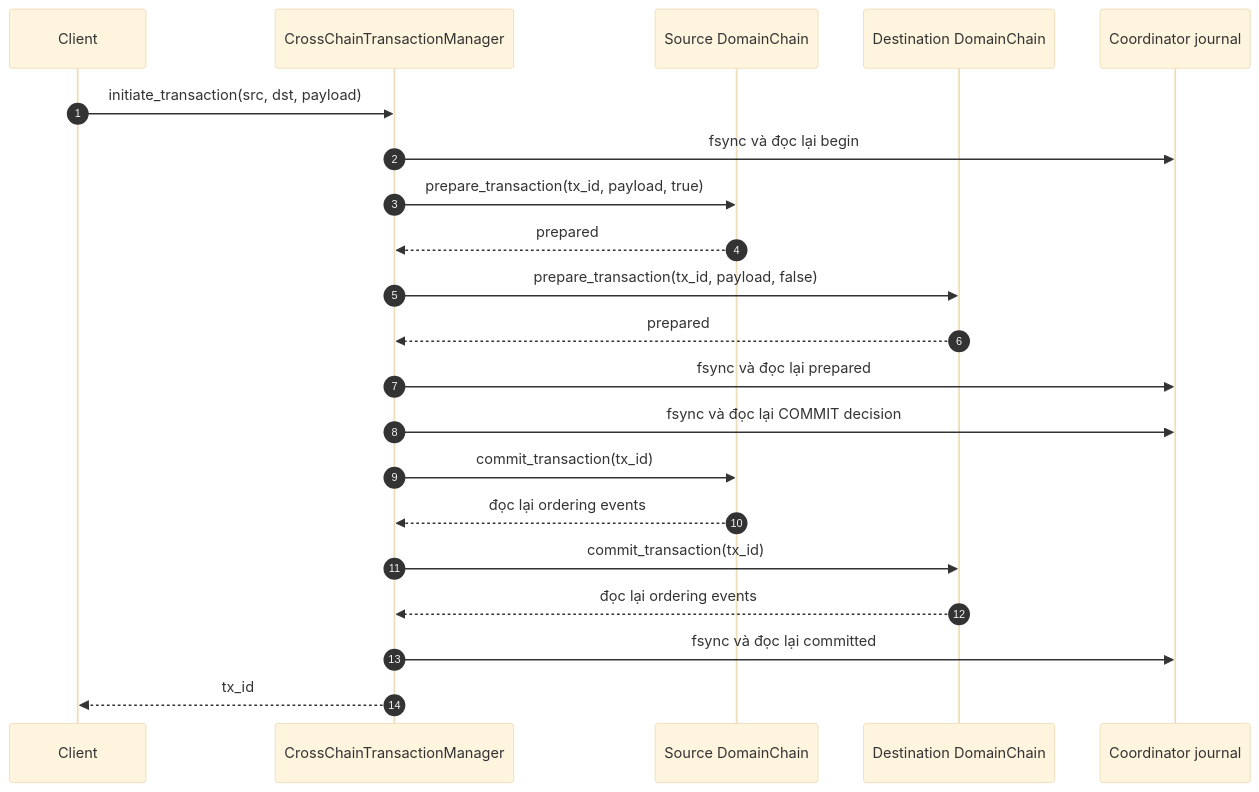
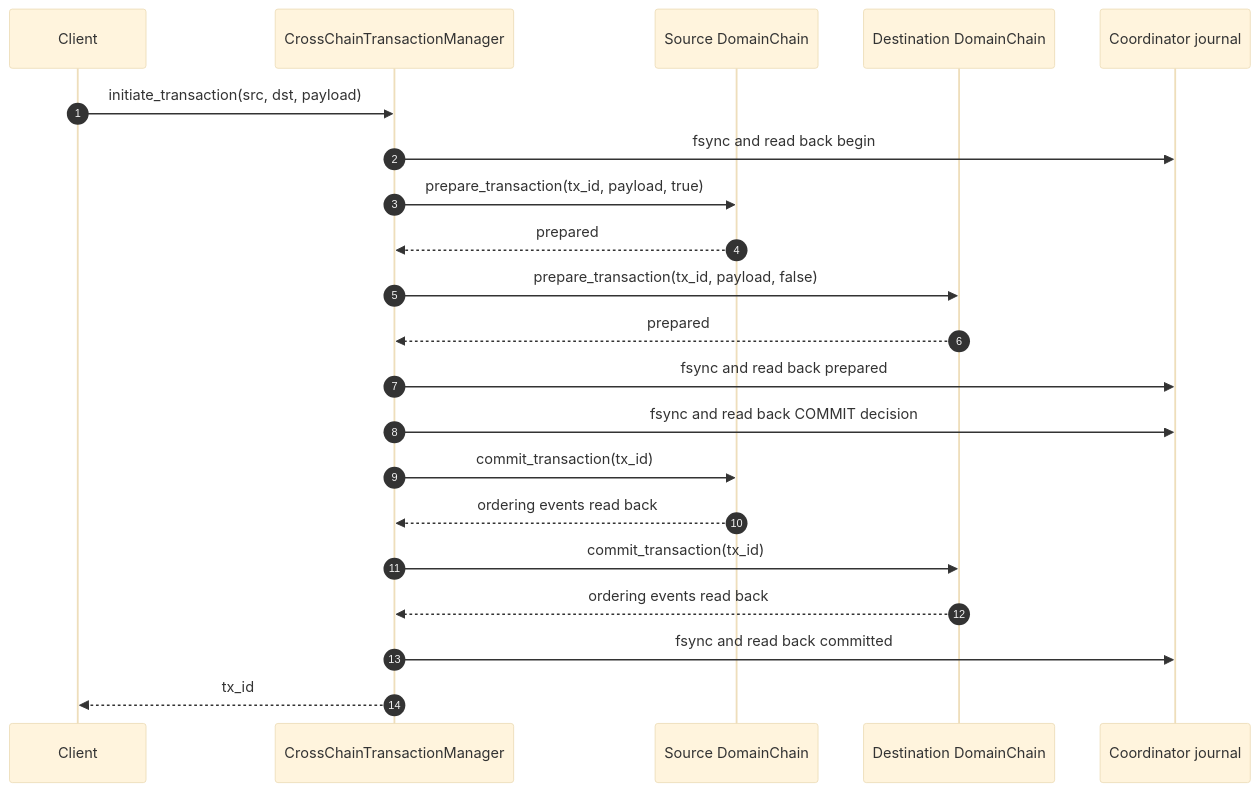
Before and after one commit to VanDung-dev/HieraChain: the first of 2 diagrams in docs/vi/workflows/cross-chain-2pc.md, drawn with Mermaid (base theme). The commit also changed 158 other files, not shown here.

````diff
--- a/docs/vi/workflows/cross-chain-2pc.md
+++ b/docs/vi/workflows/cross-chain-2pc.md
@@ -19,24 +19,24 @@
 ```mermaid
 sequenceDiagram
     autonumber
     participant Client
     participant TM as CrossChainTransactionManager
     participant SRC as Source DomainChain
     participant DST as Destination DomainChain
     participant CJ as Coordinator journal
 
     Client->>TM: initiate_transaction(src, dst, payload)
-    TM->>CJ: fsync và đọc lại begin
+    TM->>CJ: fsync and read back begin
     TM->>SRC: prepare_transaction(tx_id, payload, true)
     SRC-->>TM: prepared
     TM->>DST: prepare_transaction(tx_id, payload, false)
     DST-->>TM: prepared
-    TM->>CJ: fsync và đọc lại prepared
-    TM->>CJ: fsync và đọc lại COMMIT decision
+    TM->>CJ: fsync and read back prepared
+    TM->>CJ: fsync and read back COMMIT decision
     TM->>SRC: commit_transaction(tx_id)
-    SRC-->>TM: đọc lại ordering events
+    SRC-->>TM: ordering events read back
     TM->>DST: commit_transaction(tx_id)
-    DST-->>TM: đọc lại ordering events
-    TM->>CJ: fsync và đọc lại committed
+    DST-->>TM: ordering events read back
+    TM->>CJ: fsync and read back committed
     TM-->>Client: tx_id
 ```
````
